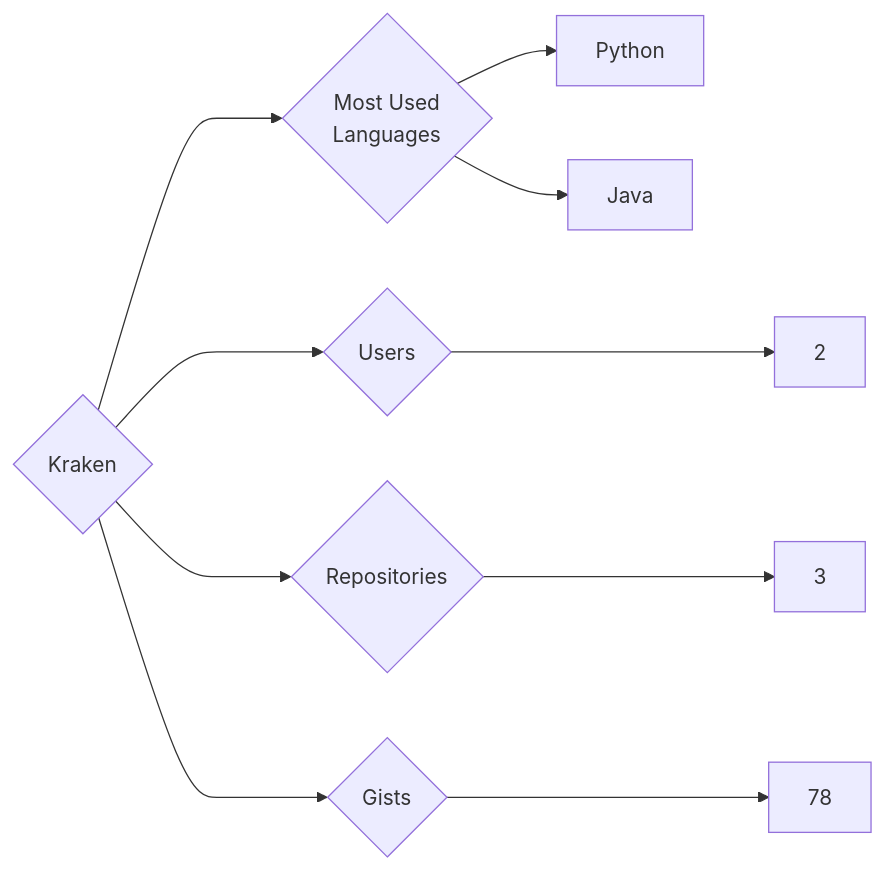
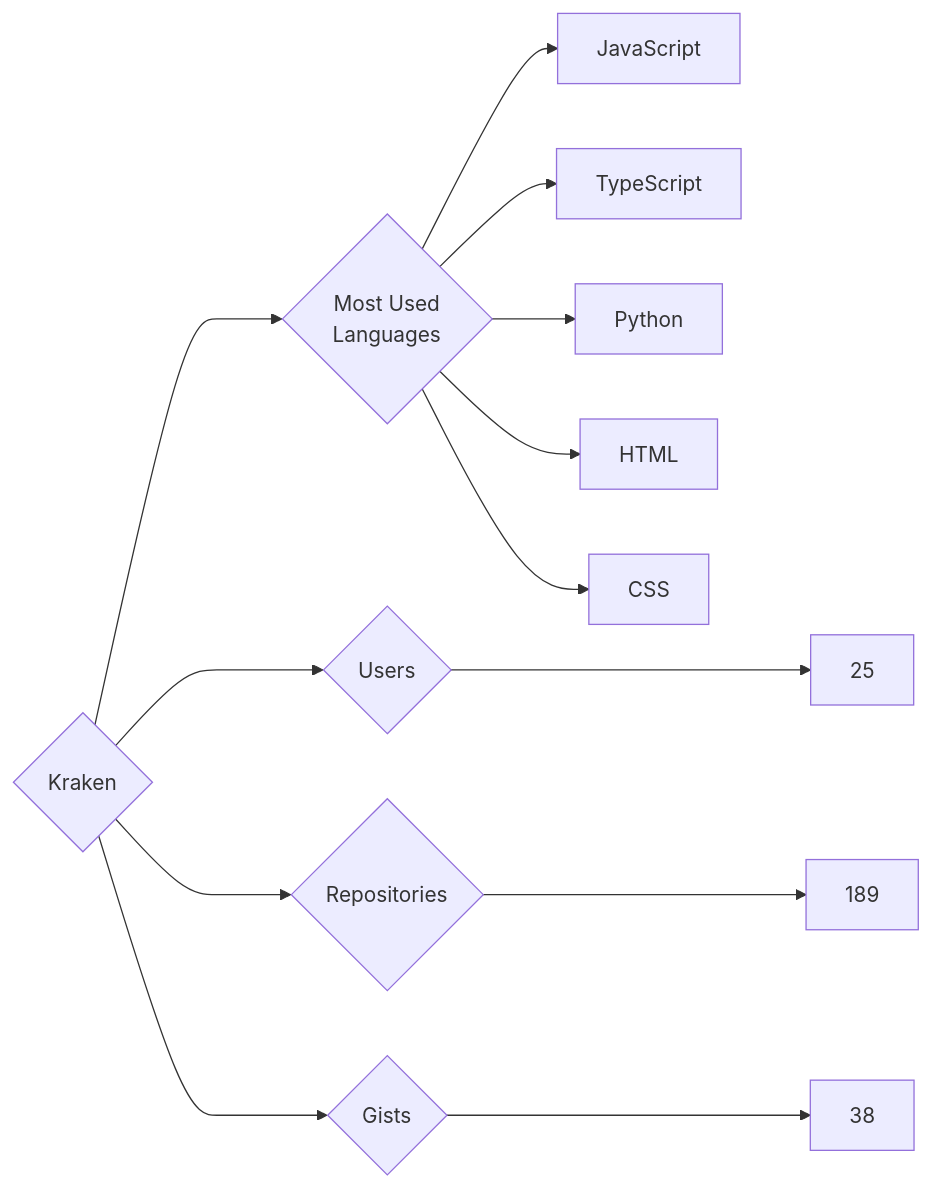
The diagram in targets/Kraken/README.md (trickest/insiders), drawn with Mermaid before and after one commit. The commit also changed 786 other files, not shown here.

````diff
--- a/targets/Kraken/README.md
+++ b/targets/Kraken/README.md
@@ -3,10 +3,13 @@
 ```mermaid
 graph LR
 COMPANY_NAME{Kraken}
-COMPANY_NAME ---> U{Users} ---> UN[2]
-COMPANY_NAME ---> R{Repositories} ---> RN[3]
-COMPANY_NAME ---> G{Gists} ---> GN[78]
+COMPANY_NAME ---> U{Users} ---> UN[25]
+COMPANY_NAME ---> R{Repositories} ---> RN[189]
+COMPANY_NAME ---> G{Gists} ---> GN[38]
 COMPANY_NAME ---> ML{Most Used<br>Languages}
+ML --> JavaScript[JavaScript]
+ML --> TypeScript[TypeScript]
 ML --> Python[Python]
-ML --> Java[Java]
+ML --> HTML[HTML]
+ML --> CSS[CSS]
 ```
````
